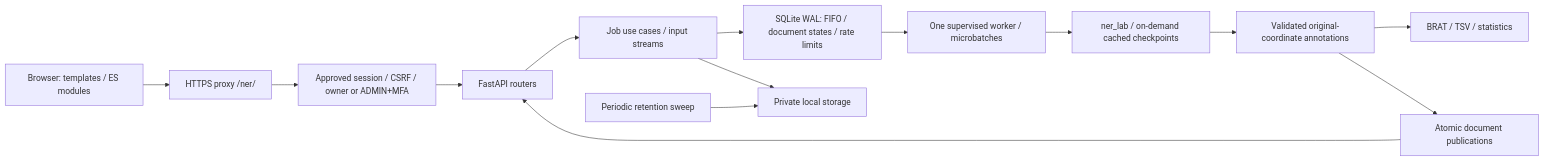
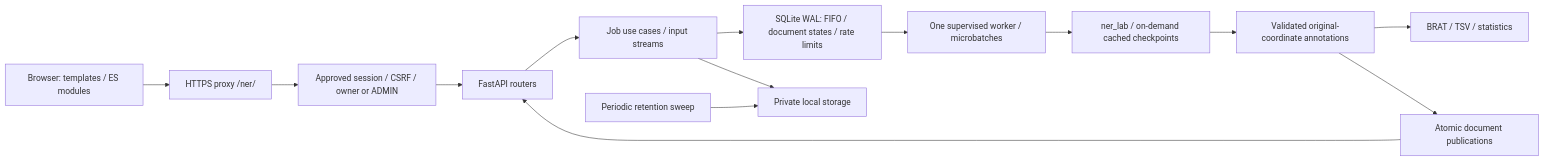
Before and after one commit to nlp4bia-bsc/ner-inference-web: the diagram in README.md, drawn with Mermaid. The commit also changed other lines of this file and 33 other files, not shown here.

````diff
--- a/README.md
+++ b/README.md
@@ -169,16 +175,16 @@
 ```mermaid
 flowchart LR
     B[Browser: templates / ES modules] --> P[HTTPS proxy /ner/]
-    P --> G[Approved session / CSRF / owner or ADMIN+MFA]
+    P --> G[Approved session / CSRF / owner or ADMIN]
     G --> A[FastAPI routers]
     A --> J[Job use cases / input streams]
     J --> Q[SQLite WAL: FIFO / document states / rate limits]
     J --> S[Private local storage]
     Q --> W[One supervised worker / microbatches]
     W --> N[ner_lab / on-demand cached checkpoints]
     N --> V[Validated original-coordinate annotations]
     V --> X[BRAT / TSV / statistics]
     V --> I[Atomic document publications]
     I --> A
     C[Periodic retention sweep] --> S
 ```
````
